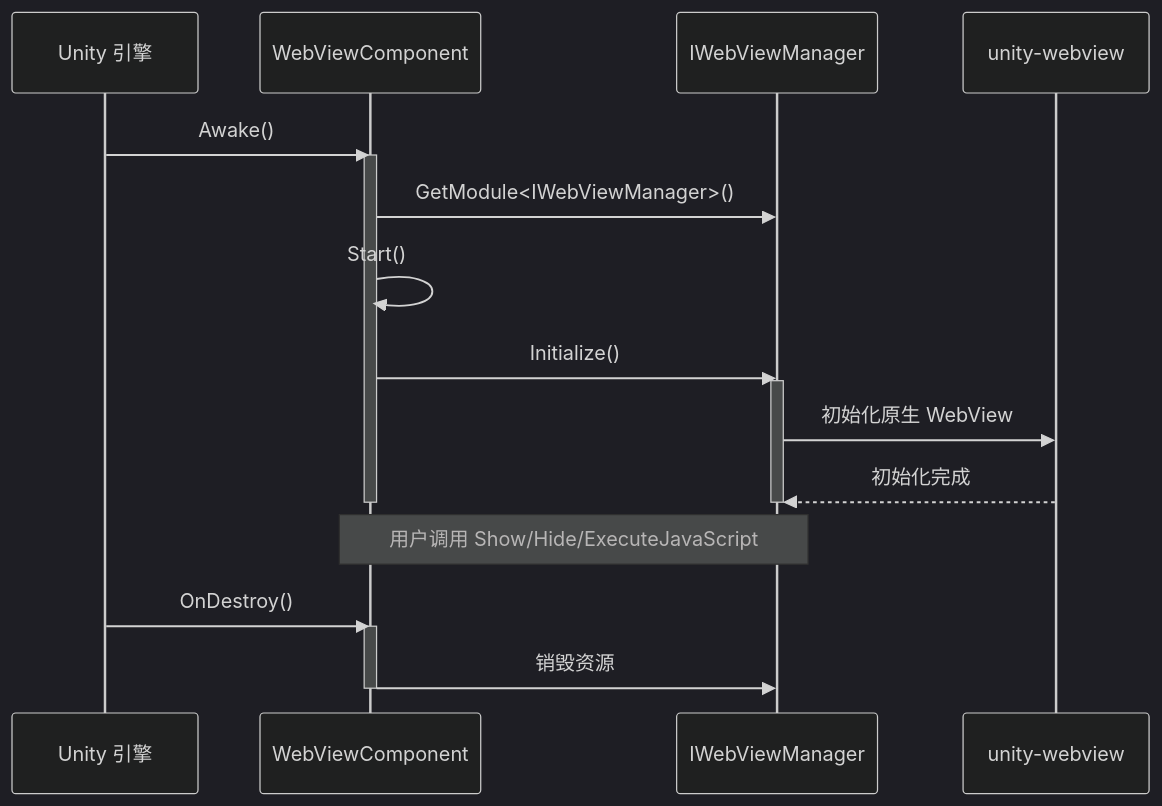
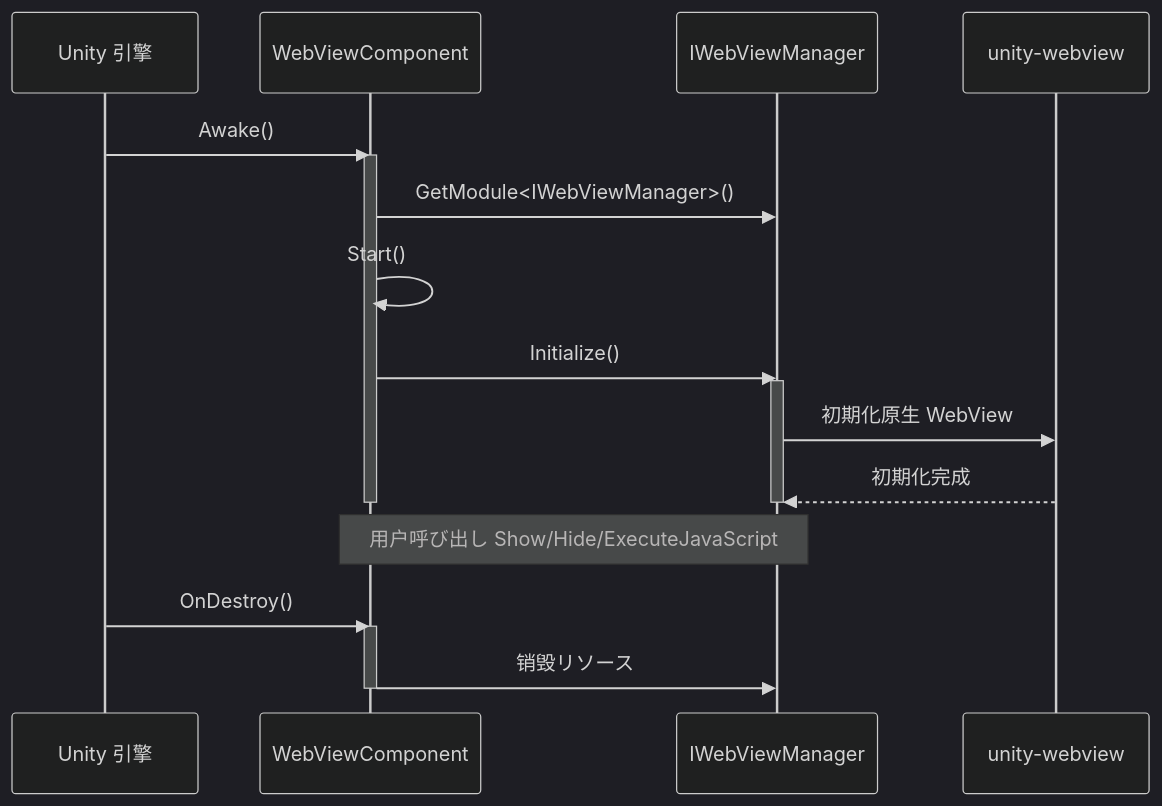
One commit to AlianBlank/GameFrameX.Docs changed the second of 2 diagrams in docs/ja/client/unity/component/webview/03.getting-started.md. Above: the diagram before and after it, drawn with Mermaid (dark theme). The commit also changed other lines of this file and 603 other files, not shown here.

````diff
--- a/docs/ja/client/unity/component/webview/03.getting-started.md
+++ b/docs/ja/client/unity/component/webview/03.getting-started.md
@@ -284,25 +284,25 @@
 ```mermaid
 sequenceDiagram
     participant Unity as Unity 引擎
     participant WebVC as WebViewComponent
     participant Manager as IWebViewManager
     participant WebViewLib as unity-webview
 
     Unity->>WebVC: Awake()
     activate WebVC
     WebVC->>Manager: GetModule<IWebViewManager>()
     WebVC->>WebVC: Start()
     WebVC->>Manager: Initialize()
     activate Manager
-    Manager->>WebViewLib: 初始化原生 WebView
-    WebViewLib-->>Manager: 初始化完成
+    Manager->>WebViewLib: 初期化原生 WebView
+    WebViewLib-->>Manager: 初期化完成
     deactivate Manager
     deactivate WebVC
 
-    Note over WebVC,Manager: 用户调用 Show/Hide/ExecuteJavaScript
+    Note over WebVC,Manager: 用户呼び出し Show/Hide/ExecuteJavaScript
 
     Unity->>WebVC: OnDestroy()
     activate WebVC
-    WebVC->>Manager: 销毁资源
+    WebVC->>Manager: 销毁リソース
     deactivate WebVC
 ```
````
